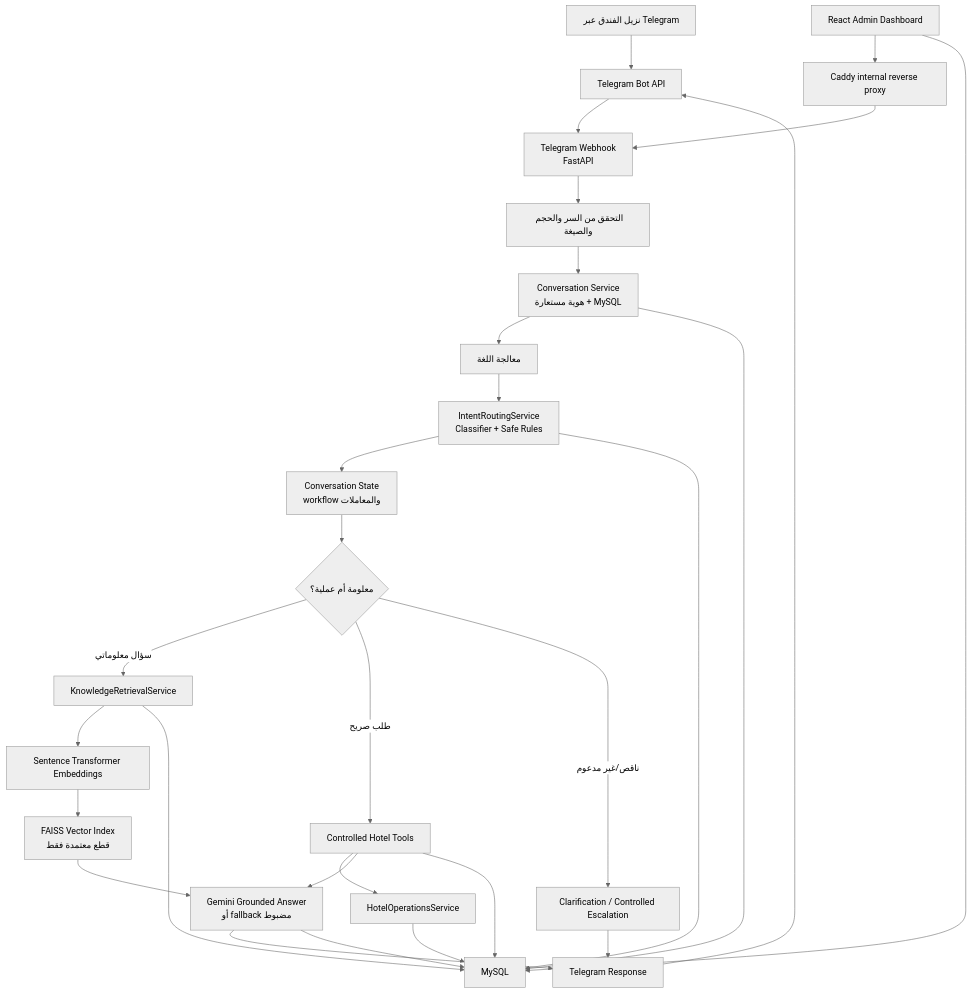
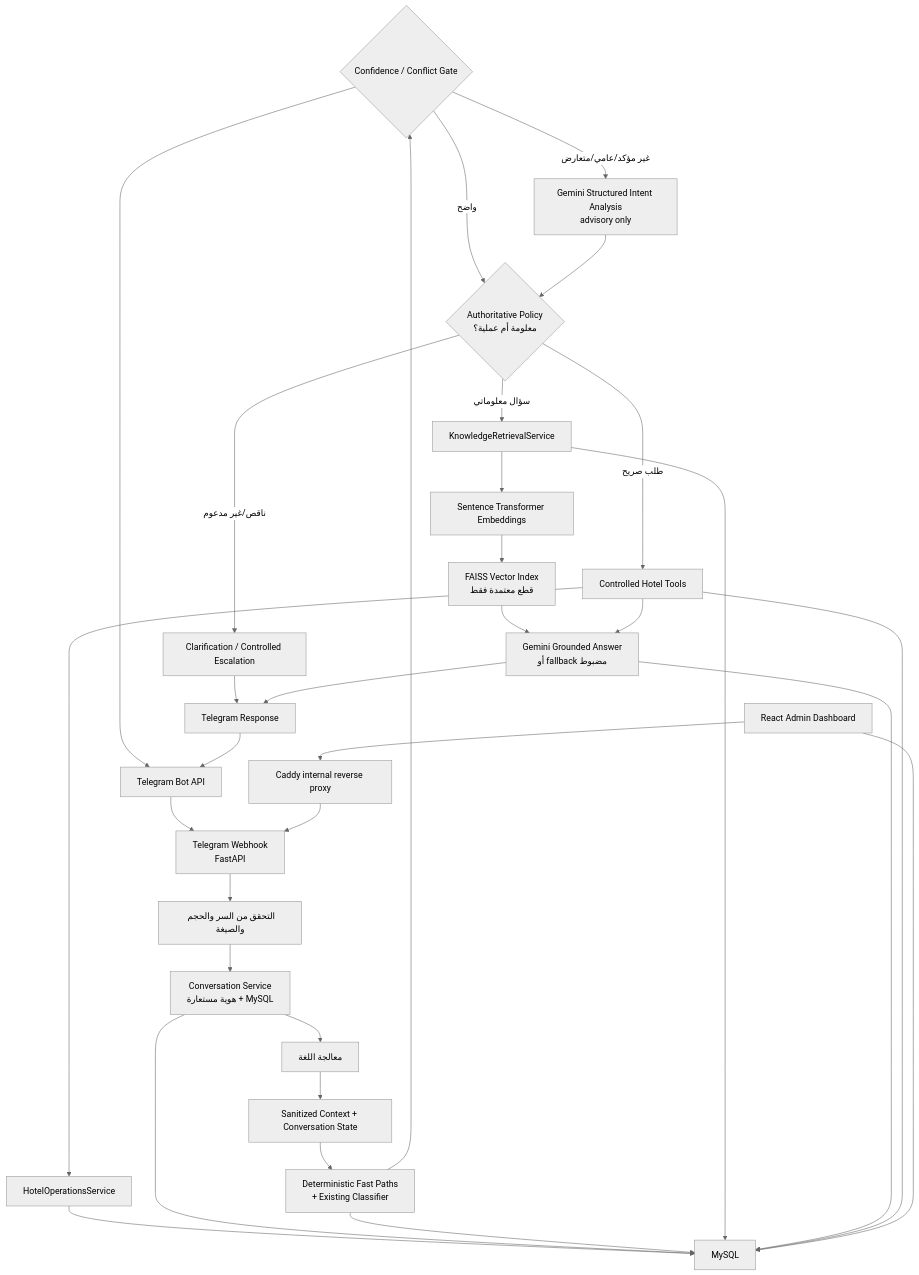
One commit to anas0alnajjar/ai-hotel-customer-support-bot changed the first of 2 diagrams in docs/MASTER_DEFENSE_GUIDE_AR.md. Above: the diagram before and after it, drawn with Mermaid (neutral theme). The commit also changed other lines of this file and 17 other files, not shown here.

Commit message:
feat: add confidence-gated AI intent understanding

````diff
--- a/docs/MASTER_DEFENSE_GUIDE_AR.md
+++ b/docs/MASTER_DEFENSE_GUIDE_AR.md
@@ -172,31 +174,34 @@
 ```mermaid
 flowchart TD
     G["نزيل الفندق عبر Telegram"] --> T["Telegram Bot API"]
     T --> W["Telegram Webhook<br/>FastAPI"]
     W --> V["التحقق من السر والحجم والصيغة"]
     V --> C["Conversation Service<br/>هوية مستعارة + MySQL"]
     C --> L["معالجة اللغة"]
-    L --> I["IntentRoutingService<br/>Classifier + Safe Rules"]
-    I --> S["Conversation State<br/>workflow والمعاملات"]
-    S --> D{"معلومة أم عملية؟"}
+    L --> S["Sanitized Context + Conversation State"]
+    S --> I["Deterministic Fast Paths<br/>+ Existing Classifier"]
+    I --> G{"Confidence / Conflict Gate"}
+    G -->|واضح| D{"Authoritative Policy<br/>معلومة أم عملية؟"}
+    G -->|غير مؤكد/عامي/متعارض| AI["Gemini Structured Intent Analysis<br/>advisory only"]
+    AI --> D
     D -->|سؤال معلوماتي| R["KnowledgeRetrievalService"]
     R --> E["Sentence Transformer Embeddings"]
     E --> F["FAISS Vector Index<br/>قطع معتمدة فقط"]
     F --> Q["Gemini Grounded Answer<br/>أو fallback مضبوط"]
     D -->|طلب صريح| X["Controlled Hotel Tools"]
     X --> H["HotelOperationsService"]
     H --> DB["MySQL"]
     X --> Q
     D -->|ناقص/غير مدعوم| U["Clarification / Controlled Escalation"]
     U --> O["Telegram Response"]
     Q --> O
     O --> T
     C --> DB
     I --> DB
     R --> DB
     Q --> DB
     X --> DB
     A["React Admin Dashboard"] --> P["Caddy internal reverse proxy"]
     P --> W
     A --> DB
 ```
````
